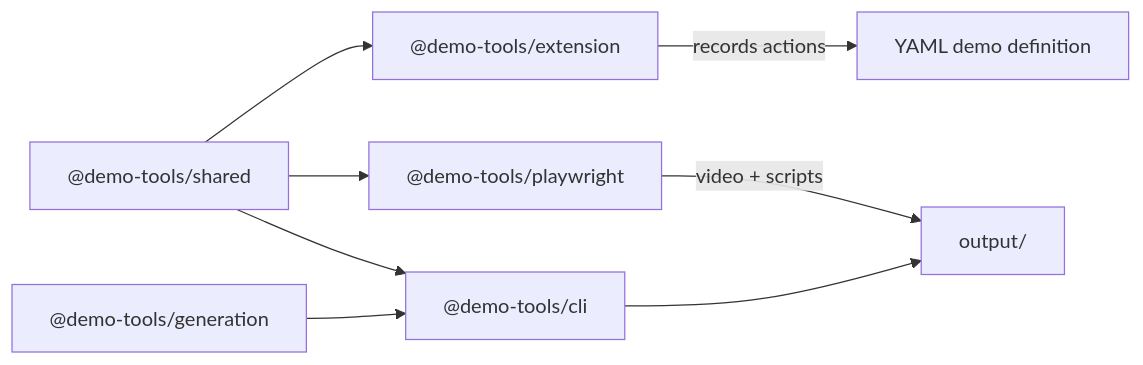
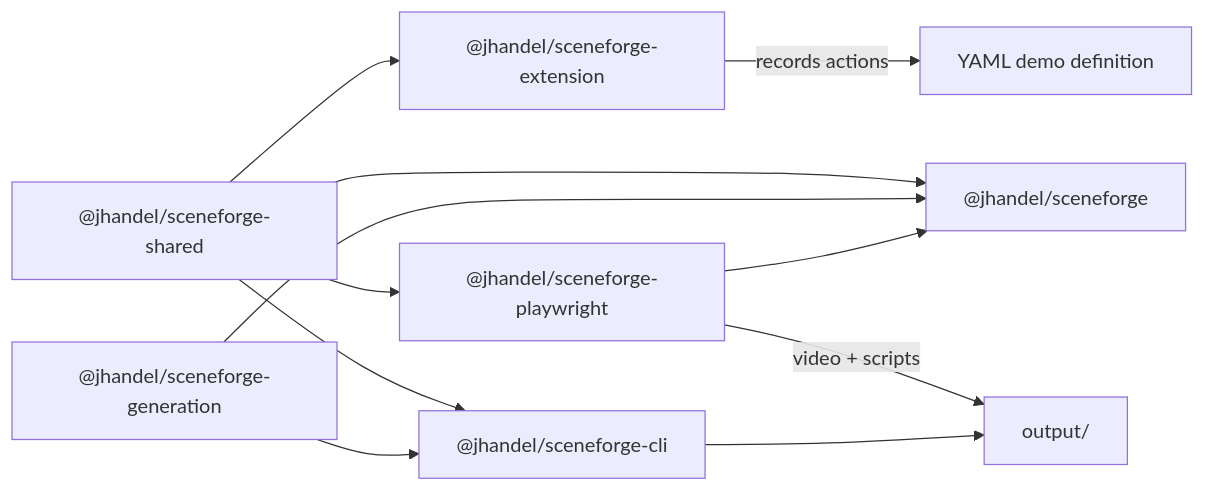
The first of 2 diagrams in README.md (jhandel/sceneforge), drawn with Mermaid before and after one commit. The commit also changed other lines of this file and 79 other files, not shown here.

````diff
--- a/README.md
+++ b/README.md
@@ -17,10 +17,13 @@
 ```mermaid
 flowchart LR
-  Extension["@demo-tools/extension"] -->|"records actions"| YAML["YAML demo definition"]
-  Shared["@demo-tools/shared"] --> Extension
-  Shared --> Playwright["@demo-tools/playwright"]
-  Shared --> CLI["@demo-tools/cli"]
-  Generation["@demo-tools/generation"] --> CLI
+  Extension["@jhandel/sceneforge-extension"] -->|"records actions"| YAML["YAML demo definition"]
+  Shared["@jhandel/sceneforge-shared"] --> Extension
+  Shared --> Playwright["@jhandel/sceneforge-playwright"]
+  Shared --> CLI["@jhandel/sceneforge-cli"]
+  Generation["@jhandel/sceneforge-generation"] --> CLI
+  Shared --> Library["@jhandel/sceneforge"]
+  Generation --> Library
+  Playwright --> Library
   Playwright -->|"video + scripts"| Output["output/"]
   CLI --> Output
 ```
````
